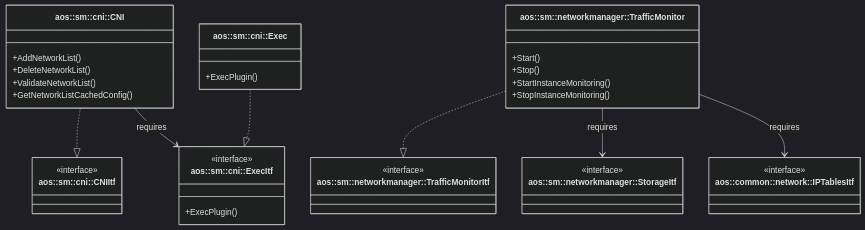
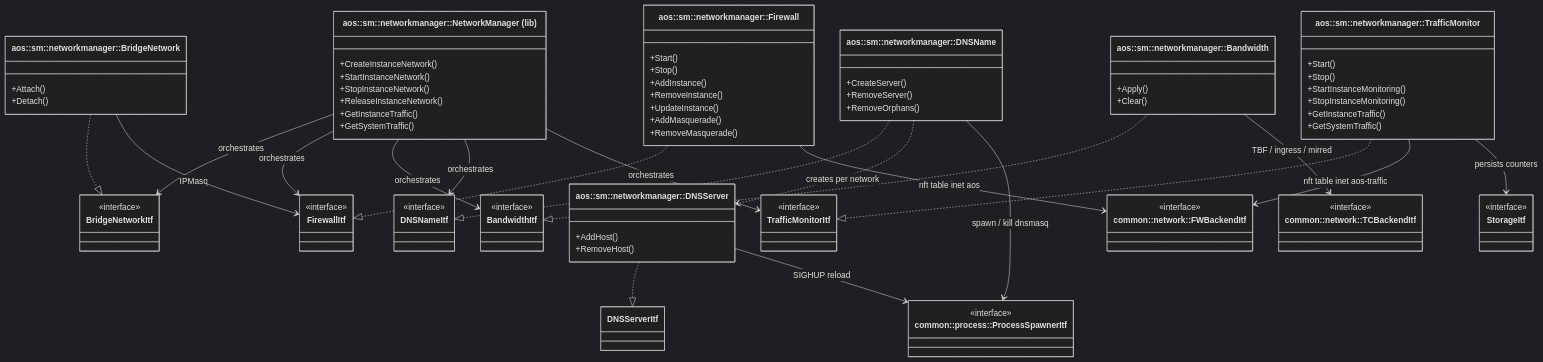
One commit to aosedge/aos_core_cpp changed the first of 2 diagrams in src/sm/networkmanager/networkmanager.md. Above: the diagram before and after it, drawn with Mermaid (dark theme). The commit also changed other lines of this file and 1 other file, not shown here.

First line of the commit message:
doc: describe native nftables/tc/dnsmasq network architecture

````diff
--- a/src/sm/networkmanager/networkmanager.md
+++ b/src/sm/networkmanager/networkmanager.md
@@ -24,49 +26,96 @@
 ```mermaid
 classDiagram
-    class CNI["aos::sm::cni::CNI"] {
-        +AddNetworkList()
-        +DeleteNetworkList()
-        +ValidateNetworkList()
-        +GetNetworkListCachedConfig()
+    class NetworkManager["aos::sm::networkmanager::NetworkManager (lib)"] {
+        +CreateInstanceNetwork()
+        +StartInstanceNetwork()
+        +StopInstanceNetwork()
+        +ReleaseInstanceNetwork()
+        +GetInstanceTraffic()
+        +GetSystemTraffic()
     }
 
-    class CNIItf["aos::sm::cni::CNIItf"] {
-        <<interface>>
+    class BridgeNetwork["aos::sm::networkmanager::BridgeNetwork"] {
+        +Attach()
+        +Detach()
     }
-
-    class ExecItf["aos::sm::cni::ExecItf"] {
-        <<interface>>
-        +ExecPlugin()
+    class Firewall["aos::sm::networkmanager::Firewall"] {
+        +Start()
+        +Stop()
+        +AddInstance()
+        +RemoveInstance()
+        +UpdateInstance()
+        +AddMasquerade()
+        +RemoveMasquerade()
     }
-
-    class Exec["aos::sm::cni::Exec"] {
-        +ExecPlugin()
+    class Bandwidth["aos::sm::networkmanager::Bandwidth"] {
+        +Apply()
+        +Clear()
     }
-
+    class DNSName["aos::sm::networkmanager::DNSName"] {
+        +CreateServer()
+        +RemoveServer()
+        +RemoveOrphans()
+    }
+    class DNSServer["aos::sm::networkmanager::DNSServer"] {
+        +AddHost()
+        +RemoveHost()
+    }
     class TrafficMonitor["aos::sm::networkmanager::TrafficMonitor"] {
         +Start()
         +Stop()
         +StartInstanceMonitoring()
         +StopInstanceMonitoring()
+        +GetInstanceTraffic()
+        +GetSystemTraffic()
     }
 
-    class TrafficMonitorItf["aos::sm::networkmanager::TrafficMonitorItf"] {
+    class BridgeNetworkItf["BridgeNetworkItf"] {
+        <<interface>>
+    }
+    class FirewallItf["FirewallItf"] {
+        <<interface>>
+    }
+    class BandwidthItf["BandwidthItf"] {
+        <<interface>>
+    }
+    class DNSNameItf["DNSNameItf"] {
+        <<interface>>
+    }
+    class TrafficMonitorItf["TrafficMonitorItf"] {
+        <<interface>>
+    }
+    class FWBackendItf["common::network::FWBackendItf"] {
+        <<interface>>
+    }
+    class TCBackendItf["common::network::TCBackendItf"] {
+        <<interface>>
+    }
+    class ProcessSpawnerItf["common::process::ProcessSpawnerItf"] {
+        <<interface>>
+    }
+    class StorageItf["StorageItf"] {
         <<interface>>
     }
 
-    class StorageItf["aos::sm::networkmanager::StorageItf"] {
-        <<interface>>
-    }
+    BridgeNetwork ..|> BridgeNetworkItf
+    Firewall ..|> FirewallItf
+    Bandwidth ..|> BandwidthItf
+    DNSName ..|> DNSNameItf
+    DNSServer ..|> DNSServerItf
+    TrafficMonitor ..|> TrafficMonitorItf
 
-    class IPTablesItf["aos::common::network::IPTablesItf"] {
-        <<interface>>
-    }
+    NetworkManager --> BridgeNetworkItf : orchestrates
+    NetworkManager --> FirewallItf : orchestrates
+    NetworkManager --> BandwidthItf : orchestrates
+    NetworkManager --> DNSNameItf : orchestrates
+    NetworkManager --> TrafficMonitorItf : orchestrates
 
-    CNI ..|> CNIItf
-    CNI --> ExecItf : requires
-    Exec ..|> ExecItf
-
-    TrafficMonitor ..|> TrafficMonitorItf
-    TrafficMonitor --> StorageItf : requires
-    TrafficMonitor --> IPTablesItf : requires
+    BridgeNetwork --> FirewallItf : IPMasq
+    Firewall --> FWBackendItf : nft table inet aos
+    TrafficMonitor --> FWBackendItf : nft table inet aos-traffic
+    TrafficMonitor --> StorageItf : persists counters
+    Bandwidth --> TCBackendItf : TBF / ingress / mirred
+    DNSName ..> DNSServer : creates per network
+    DNSName --> ProcessSpawnerItf : spawn / kill dnsmasq
+    DNSServer --> ProcessSpawnerItf : SIGHUP reload
 ```
````
